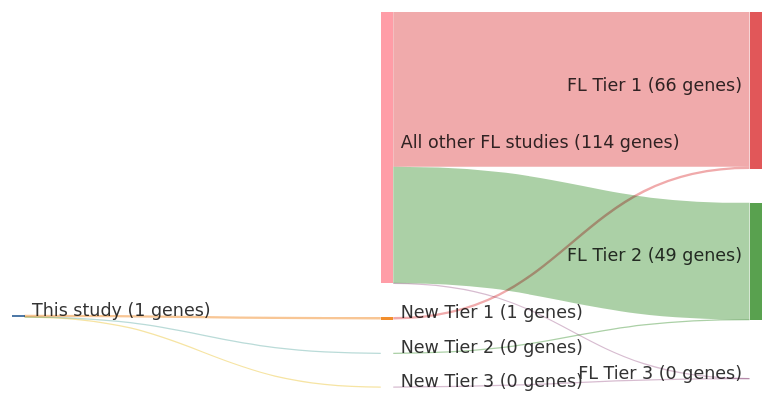
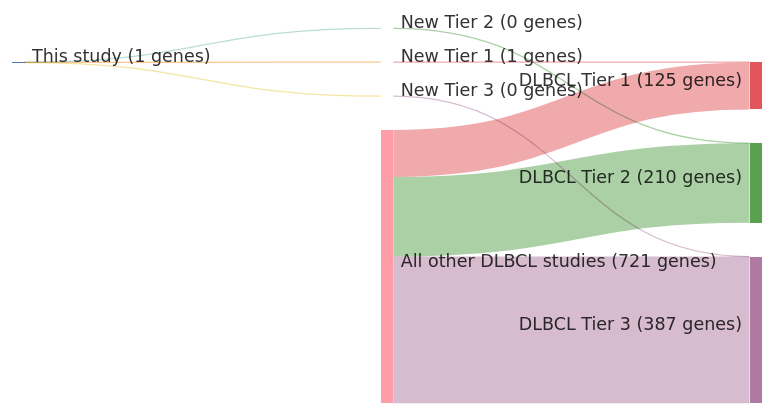
The diagram in papers/morinSomaticMutationsAltering2010.md (morinlab/lymphopedia), drawn with Mermaid before and after one commit. The commit also changed other lines of this file and 81 other files, not shown here.

````diff
--- a/papers/morinSomaticMutationsAltering2010.md
+++ b/papers/morinSomaticMutationsAltering2010.md
@@ -13,23 +13,23 @@
 ```mermaid
 ---
 config:
     sankey:
         showValues: true
         linkColor: target
         width: 600
         height: 300
         nodeAlignment: right
         prefix: '('
         suffix: ' genes)'
 ---
 sankey-beta
 This study, New Tier 1, 1
-New Tier 1, FL Tier 1, 1
+New Tier 1, DLBCL Tier 1, 1
 This study, New Tier 2, 0
-New Tier 2, FL Tier 2, 0
+New Tier 2, DLBCL Tier 2, 0
 This study, New Tier 3, 0
-New Tier 3, FL Tier 3, 0
-All other FL studies, FL Tier 1, 65
-All other FL studies, FL Tier 2, 49
-All other FL studies, FL Tier 3, 0
+New Tier 3, DLBCL Tier 3, 0
+All other DLBCL studies, DLBCL Tier 1, 124
+All other DLBCL studies, DLBCL Tier 2, 210
+All other DLBCL studies, DLBCL Tier 3, 387
 ```
````
